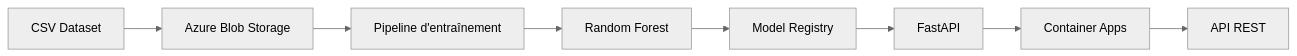
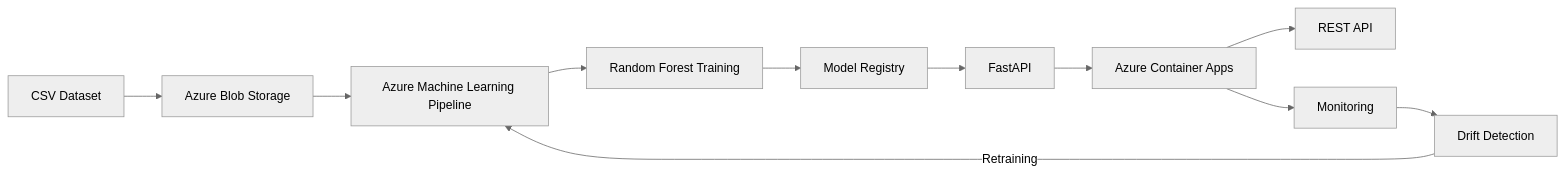
Before and after one commit to Solution-BI-Canada/ai-test-technique-ml-engineer: the diagram in README.md, drawn with Mermaid (neutral theme). The commit also changed other lines of this file and 1 other file, not shown here.

````diff
--- a/README.md
+++ b/README.md
@@ -419,24 +468,13 @@
 ```mermaid
 flowchart LR
-
-A[CSV Dataset]
--->B[Azure Blob Storage]
-
-B
--->C[Pipeline d'entraînement]
-
-C
--->D[Random Forest]
-
-D
--->E[Model Registry]
-
-E
--->F[FastAPI]
-
-F
--->G[Container Apps]
-
-G
--->H[API REST]
+    A[CSV Dataset] --> B[Azure Blob Storage]
+    B --> C[Azure Machine Learning Pipeline]
+    C --> D[Random Forest Training]
+    D --> E[Model Registry]
+    E --> F[FastAPI]
+    F --> G[Azure Container Apps]
+    G --> H[REST API]
+    G --> I[Monitoring]
+    I --> J[Drift Detection]
+    J -->|Retraining| C
 ```
````
